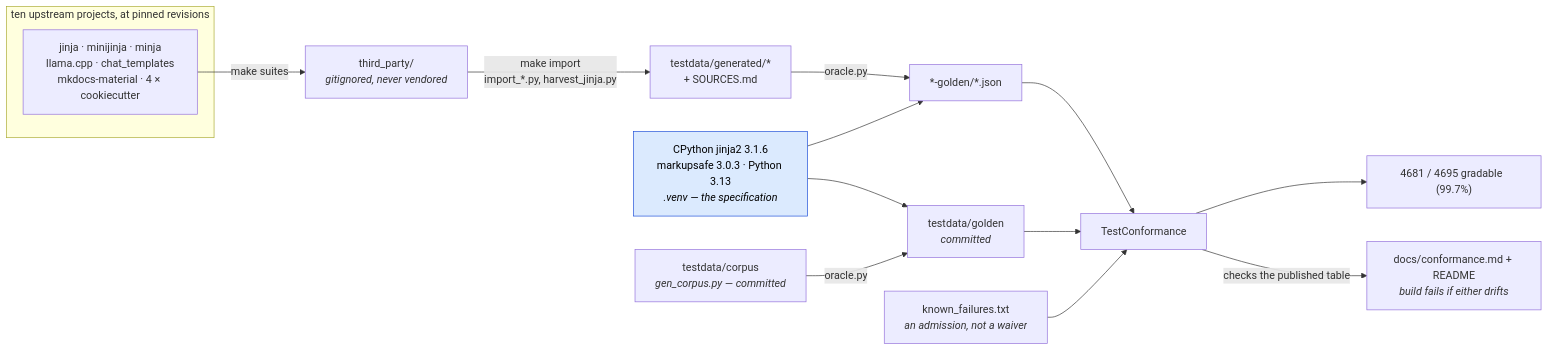
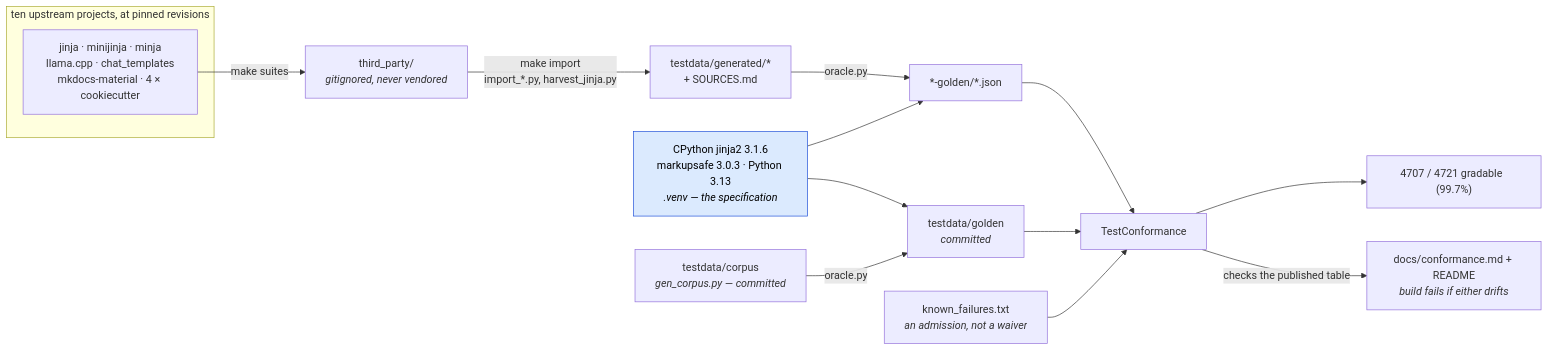
The first of 2 diagrams in docs/conformance.md (mgilbir/gojja2), drawn with Mermaid before and after one commit. The commit also changed other lines of this file and 66 other files, not shown here.

````diff
--- a/docs/conformance.md
+++ b/docs/conformance.md
@@ -17,24 +17,24 @@
 ```mermaid
 flowchart LR
     subgraph up["ten upstream projects, at pinned revisions"]
         U1["jinja · minijinja · minja<br/>llama.cpp · chat_templates<br/>mkdocs-material · 4 × cookiecutter"]
     end
     U1 -->|"make suites"| TP["third_party/<br/><i>gitignored, never vendored</i>"]
     TP -->|"make import<br/>import_*.py, harvest_jinja.py"| GEN["testdata/generated/*<br/>+ SOURCES.md"]
 
     ORA["CPython jinja2 3.1.6<br/>markupsafe 3.0.3 · Python 3.13<br/><i>.venv — the specification</i>"]
     GEN -->|"oracle.py"| G2["*-golden/*.json"]
     ORA --> G2
 
     OWN["testdata/corpus<br/><i>gen_corpus.py — committed</i>"] -->|"oracle.py"| G1["testdata/golden<br/><i>committed</i>"]
     ORA --> G1
 
     G1 --> TC["TestConformance"]
     G2 --> TC
     KF["known_failures.txt<br/><i>an admission, not a waiver</i>"] --> TC
-    TC --> RATE["4681 / 4695 gradable  (99.7%)"]
+    TC --> RATE["4707 / 4721 gradable  (99.7%)"]
     TC -->|"checks the published table"| RM["docs/conformance.md + README<br/><i>build fails if either drifts</i>"]
 
     classDef spec fill:#dbeafe,stroke:#1d4ed8,color:#000
     class ORA spec
 ```
````
